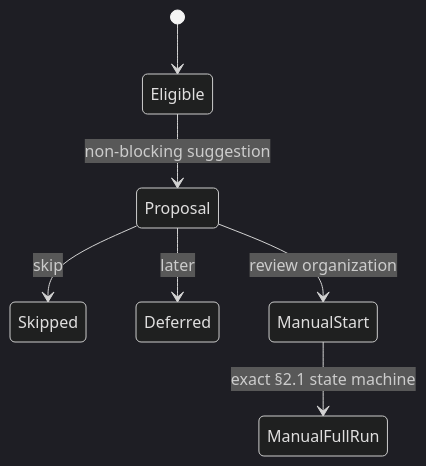
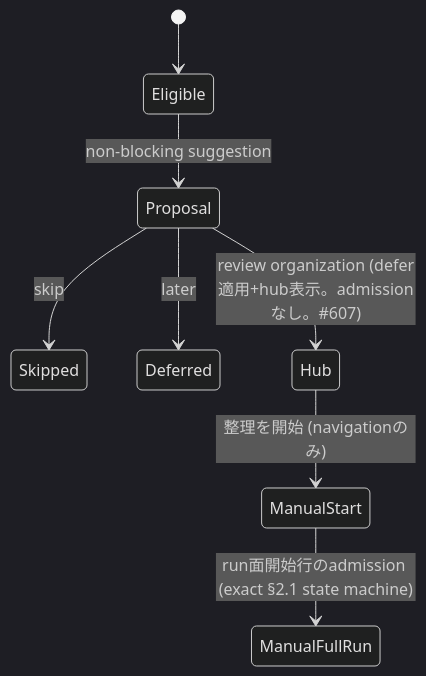
Before and after one commit to nunu1733/NunuLauncher: the second of 3 diagrams in docs/product/organization-run-ux.md, drawn with Mermaid (dark theme). The commit also changed other lines of this file and 1 other file, not shown here.

Commit message:
docs(607): amend TO-BE and run UX product docs to hub-first onboarding flow

````diff
--- a/docs/product/organization-run-ux.md
+++ b/docs/product/organization-run-ux.md
@@ -91,9 +94,10 @@
 ```mermaid
 stateDiagram-v2
     [*] --> Eligible
     Eligible --> Proposal: non-blocking suggestion
     Proposal --> Skipped: skip
     Proposal --> Deferred: later
-    Proposal --> ManualStart: review organization
-    ManualStart --> ManualFullRun: exact §2.1 state machine
+    Proposal --> Hub: review organization (defer適用+hub表示。admissionなし。#607)
+    Hub --> ManualStart: 整理を開始 (navigationのみ)
+    ManualStart --> ManualFullRun: run面開始行のadmission (exact §2.1 state machine)
 ```
````
